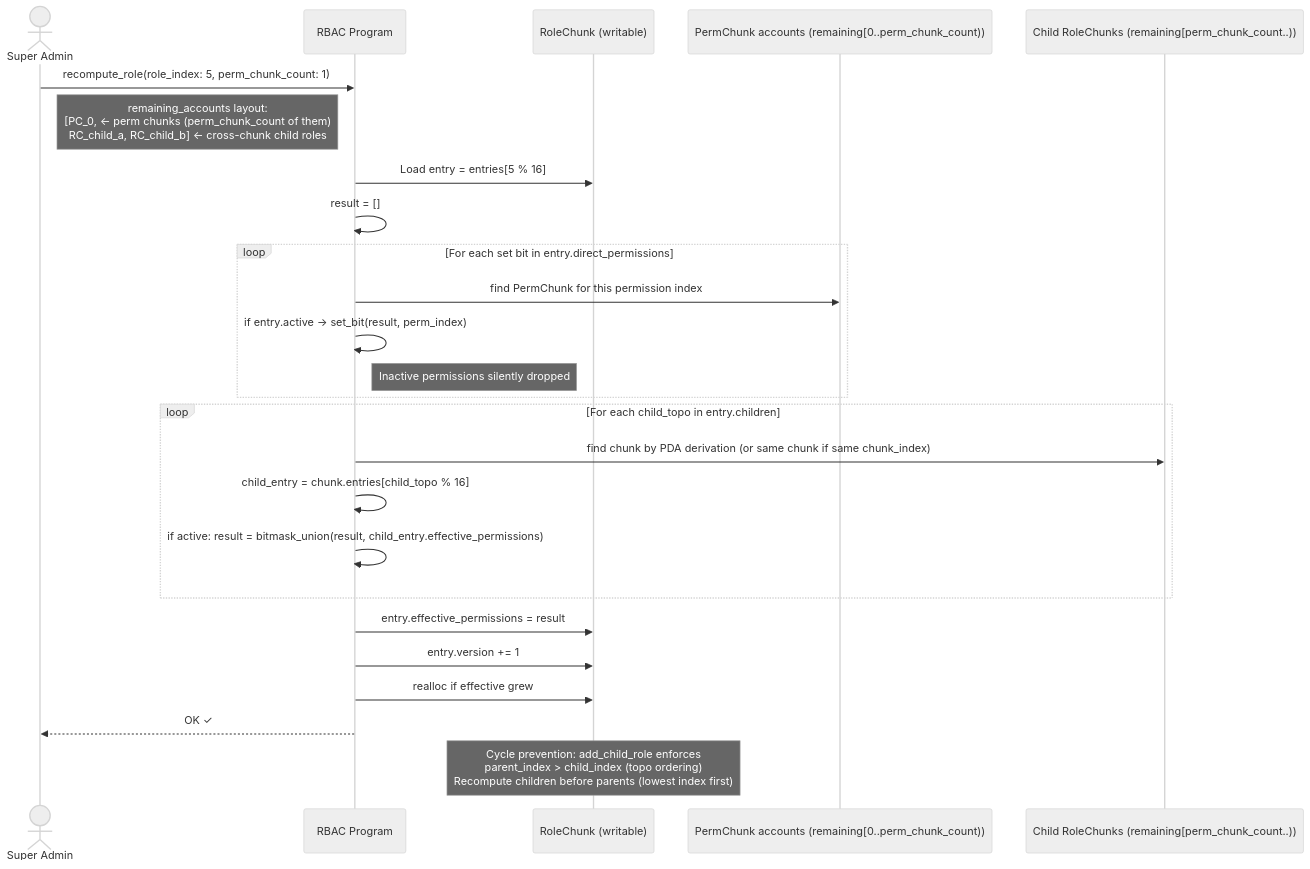
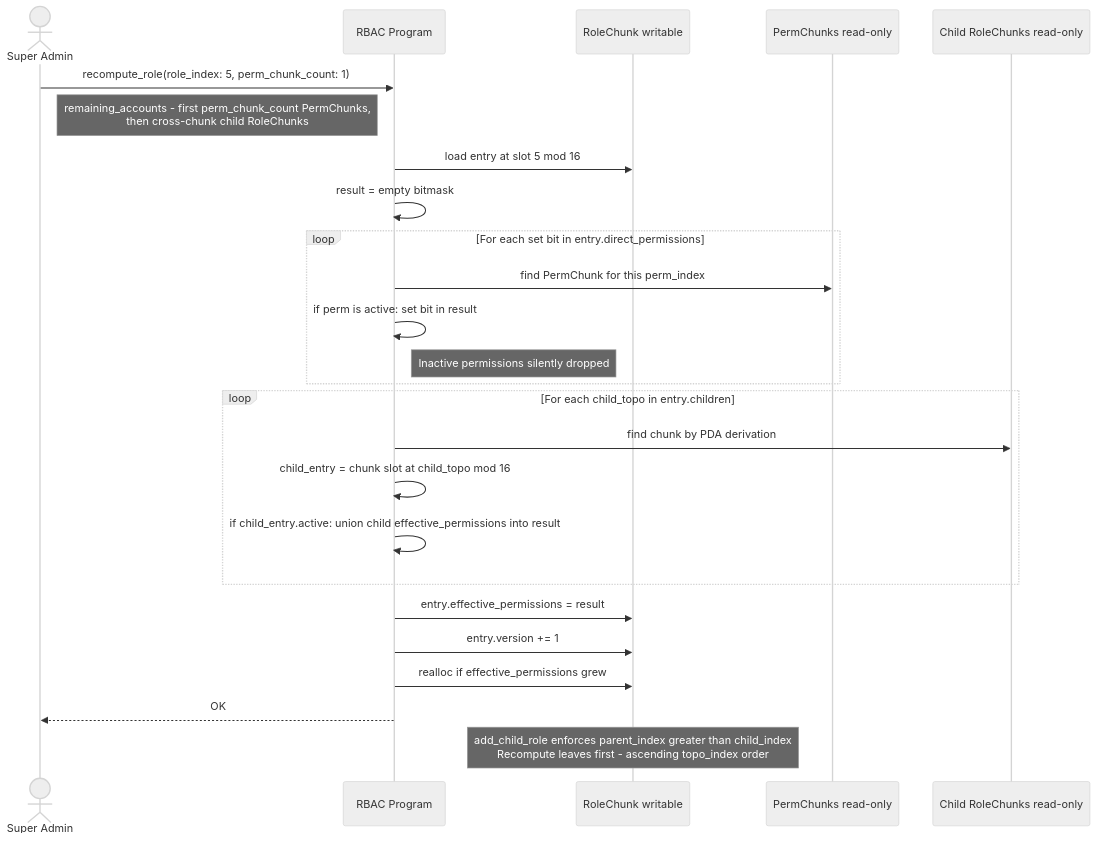
Diagram 11 of 25 in docs/architecture.md (Vadimus1983/Solana-rbac), drawn with Mermaid (neutral theme) before and after one commit. The commit also changed other lines of this file, not shown here.

Commit message:
diagram fixed.

````diff
--- a/docs/architecture.md
+++ b/docs/architecture.md
@@ -503,33 +503,33 @@
 ```mermaid
 sequenceDiagram
     actor Admin as Super Admin
     participant P as RBAC Program
-    participant RC as RoleChunk (writable)
-    participant PCs as PermChunk accounts (remaining[0..perm_chunk_count))
-    participant CRCs as Child RoleChunks (remaining[perm_chunk_count..))
+    participant RC as RoleChunk writable
+    participant PCs as PermChunks read-only
+    participant CRCs as Child RoleChunks read-only
 
     Admin->>P: recompute_role(role_index: 5, perm_chunk_count: 1)
-    Note right of Admin: remaining_accounts layout:<br/>[PC_0,          ← perm chunks (perm_chunk_count of them)<br/> RC_child_a, RC_child_b]  ← cross-chunk child roles
+    Note right of Admin: remaining_accounts - first perm_chunk_count PermChunks,<br/>then cross-chunk child RoleChunks
 
-    P->>RC: Load entry = entries[5 % 16]
-    P->>P: result = []
+    P->>RC: load entry at slot 5 mod 16
+    P->>P: result = empty bitmask
 
     loop For each set bit in entry.direct_permissions
-        P->>PCs: find PermChunk for this permission index
-        P->>P: if entry.active → set_bit(result, perm_index)
+        P->>PCs: find PermChunk for this perm_index
+        P->>P: if perm is active: set bit in result
         Note right of P: Inactive permissions silently dropped
     end
 
     loop For each child_topo in entry.children
-        P->>CRCs: find chunk by PDA derivation (or same chunk if same chunk_index)
-        P->>P: child_entry = chunk.entries[child_topo % 16]
-        P->>P: if active: result = bitmask_union(result, child_entry.effective_permissions)
+        P->>CRCs: find chunk by PDA derivation
+        P->>P: child_entry = chunk slot at child_topo mod 16
+        P->>P: if child_entry.active: union child effective_permissions into result
     end
 
     P->>RC: entry.effective_permissions = result
     P->>RC: entry.version += 1
-    P->>RC: realloc if effective grew
-    P-->>Admin: OK ✓
+    P->>RC: realloc if effective_permissions grew
+    P-->>Admin: OK
 
-    Note over RC: Cycle prevention: add_child_role enforces<br/>parent_index > child_index (topo ordering)<br/>Recompute children before parents (lowest index first)
+    Note over RC: add_child_role enforces parent_index greater than child_index<br/>Recompute leaves first - ascending topo_index order
 ```
````
